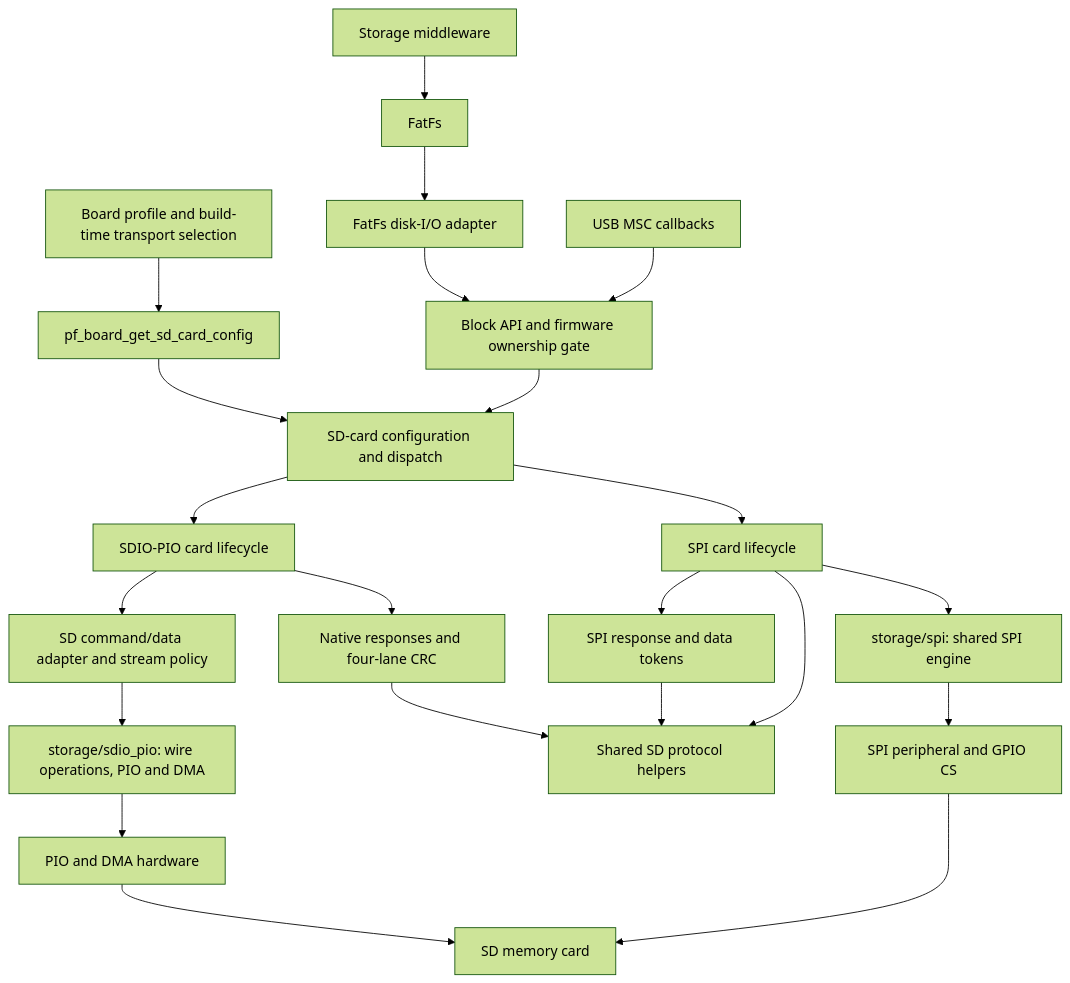
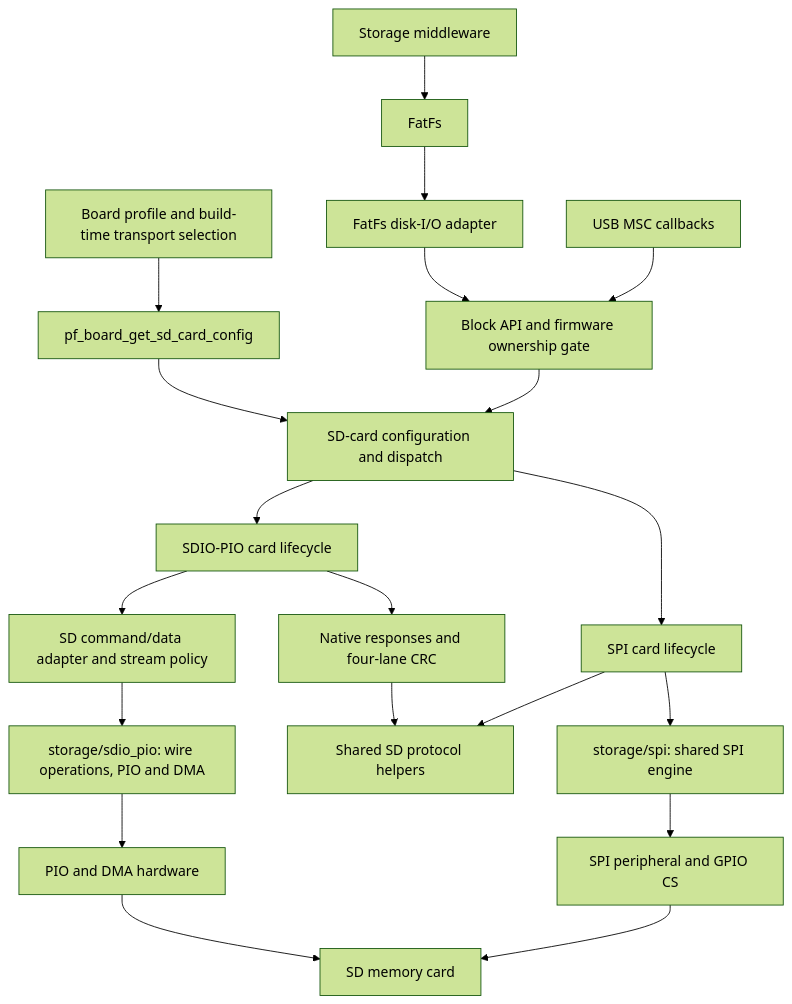
The first of 5 diagrams in docs/sdcard-design.md (djwinter29-oss/PicoForge), drawn with Mermaid (forest theme) before and after one commit. The commit also changed other lines of this file and 39 other files, not shown here.

````diff
--- a/docs/sdcard-design.md
+++ b/docs/sdcard-design.md
@@ -61,24 +69,22 @@
 ```mermaid
 flowchart TD
     Board[Board profile and build-time transport selection] --> Config[pf_board_get_sd_card_config]
     Config --> Card[SD-card configuration and dispatch]
     Storage[Storage middleware] --> FatFs[FatFs]
     FatFs --> Disk[FatFs disk-I/O adapter]
     Disk --> Gate[Block API and firmware ownership gate]
     MSC[USB MSC callbacks] --> Gate
     Gate --> Card
     Card --> Native[SDIO-PIO card lifecycle]
     Card --> SPI[SPI card lifecycle]
     Native --> Host[SD command/data adapter and stream policy]
     Native --> NativeProtocol[Native responses and four-lane CRC]
-    SPI --> SPIProtocol[SPI response and data tokens]
     NativeProtocol --> Shared[Shared SD protocol helpers]
-    SPIProtocol --> Shared
     SPI --> Shared
     Host --> NativeBus[storage/sdio_pio: wire operations, PIO and DMA]
     NativeBus --> PIO[PIO and DMA hardware]
     SPI --> SerialBus[storage/spi: shared SPI engine]
     SerialBus --> Peripheral[SPI peripheral and GPIO CS]
     PIO --> Media[SD memory card]
     Peripheral --> Media
 ```
````
